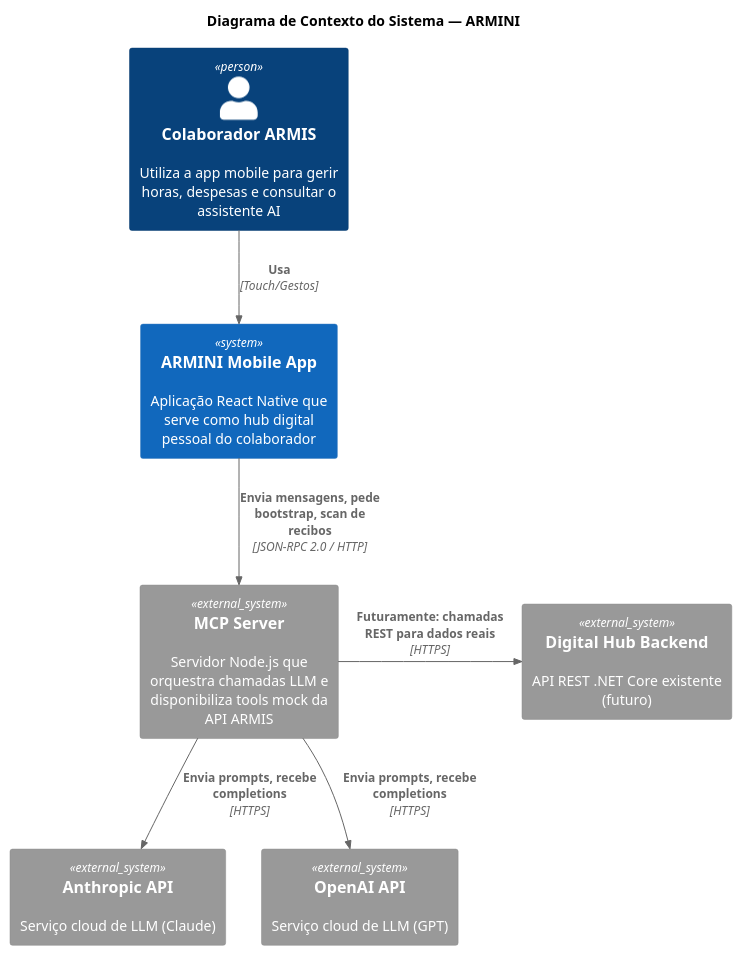
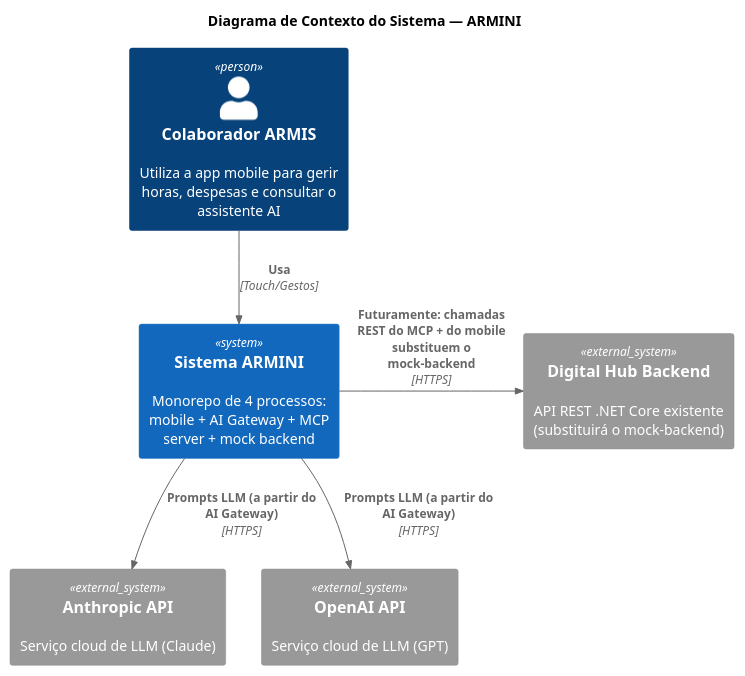
Before and after one commit to gabsilva17/projeto-armis: the first of 14 diagrams in armini/docs/architecture.md, drawn with PlantUML. The commit also changed other lines of this file and 5 other files, not shown here.

````diff
--- a/armini/docs/architecture.md
+++ b/armini/docs/architecture.md
@@ -47,23 +55,21 @@
 ```plantuml
 @startuml C4_Context
 !include https://raw.githubusercontent.com/plantuml-stdlib/C4-PlantUML/master/C4_Context.puml
 
 title Diagrama de Contexto do Sistema — ARMINI
 
 Person(employee, "Colaborador ARMIS", "Utiliza a app mobile para gerir horas, despesas e consultar o assistente AI")
 
-System(armini, "ARMINI Mobile App", "Aplicação React Native que serve como hub digital pessoal do colaborador")
+System(armini, "Sistema ARMINI", "Monorepo de 4 processos: mobile + AI Gateway + MCP server + mock backend")
 
-System_Ext(mcpServer, "MCP Server", "Servidor Node.js que orquestra chamadas LLM e disponibiliza tools mock da API ARMIS")
 System_Ext(anthropic, "Anthropic API", "Serviço cloud de LLM (Claude)")
 System_Ext(openai, "OpenAI API", "Serviço cloud de LLM (GPT)")
-System_Ext(digitalHub, "Digital Hub Backend", "API REST .NET Core existente (futuro)")
+System_Ext(digitalHub, "Digital Hub Backend", "API REST .NET Core existente (substituirá o mock-backend)")
 
 Rel(employee, armini, "Usa", "Touch/Gestos")
-Rel(armini, mcpServer, "Envia mensagens, pede bootstrap, scan de recibos", "JSON-RPC 2.0 / HTTP")
-Rel(mcpServer, anthropic, "Envia prompts, recebe completions", "HTTPS")
-Rel(mcpServer, openai, "Envia prompts, recebe completions", "HTTPS")
-Rel_R(mcpServer, digitalHub, "Futuramente: chamadas REST para dados reais", "HTTPS")
+Rel(armini, anthropic, "Prompts LLM (a partir do AI Gateway)", "HTTPS")
+Rel(armini, openai, "Prompts LLM (a partir do AI Gateway)", "HTTPS")
+Rel_R(armini, digitalHub, "Futuramente: chamadas REST do MCP + do mobile substituem o mock-backend", "HTTPS")
 
 @enduml
 ```
````
